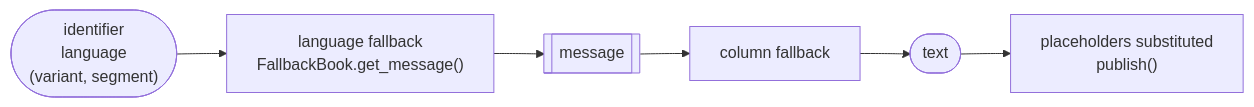
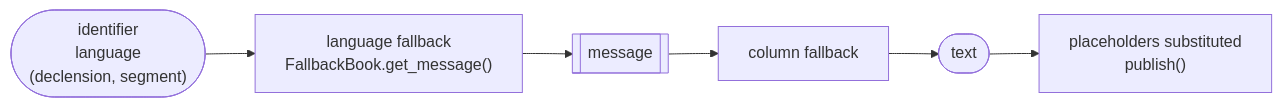
One commit to biface/i18n changed the third of 3 diagrams in docs/source/concept/fallback.rst. Above: the diagram before and after it, drawn with Mermaid. The commit also changed other lines of this file and 6 other files, not shown here.

```diff
--- a/docs/source/concept/fallback.rst
+++ b/docs/source/concept/fallback.rst
@@ -127,10 +129,10 @@
 .. mermaid::
 
     flowchart LR
-        request(["identifier<br/>language<br/>(variant, segment)"])
+        request(["identifier<br/>language<br/>(declension, segment)"])
         language["language fallback<br/>FallbackBook.get_message()"]
         message[["message"]]
         column["column fallback"]
         text(["text"])
         publish["placeholders substituted<br/>publish()"]
         request --> language --> message --> column --> text --> publish
```
